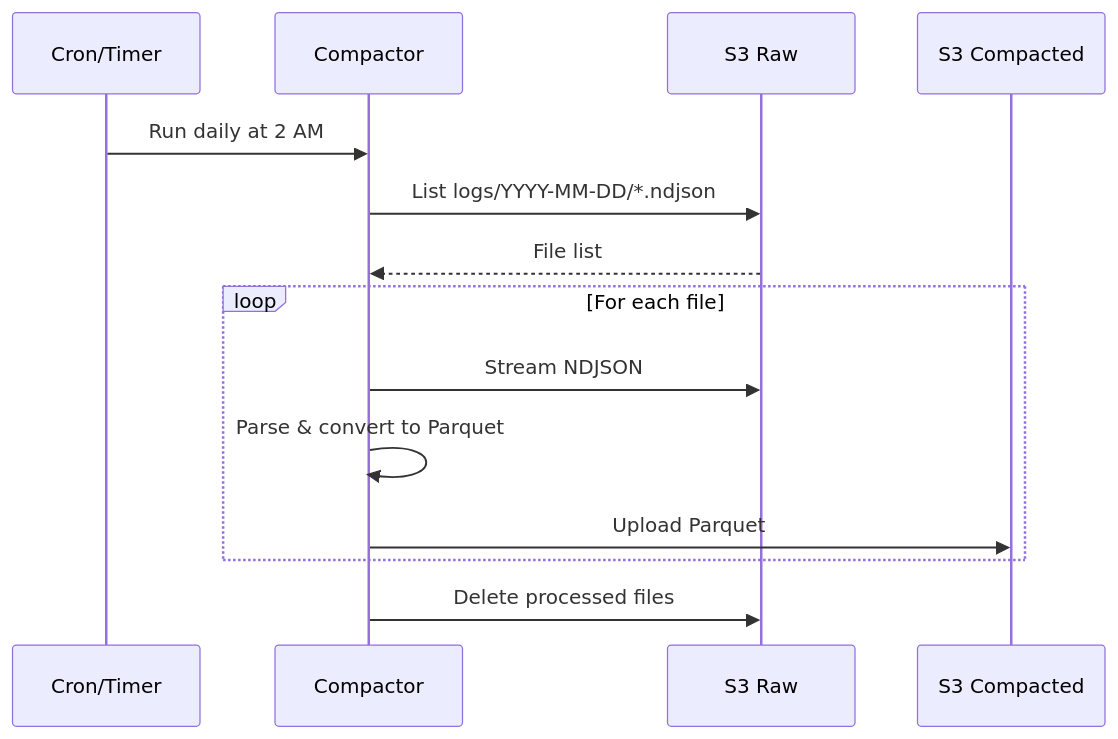
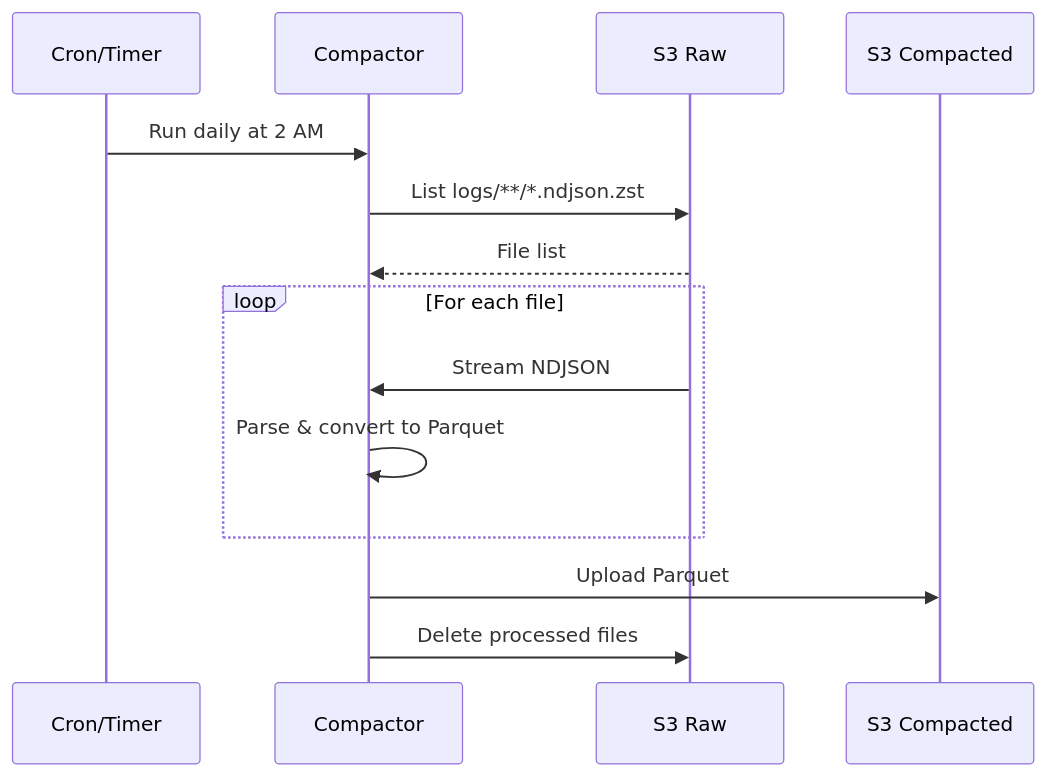
The fifth of 6 diagrams in docs/ARCHITECTURE.md (OpenCHAMI/legendary-funicular), drawn with Mermaid before and after one commit. The commit also changed other lines of this file and 11 other files, not shown here.

````diff
--- a/docs/ARCHITECTURE.md
+++ b/docs/ARCHITECTURE.md
@@ -234,17 +218,17 @@
 ```mermaid
 sequenceDiagram
     participant Cron as Cron/Timer
     participant Compactor as Compactor
     participant Raw as S3 Raw
     participant Compacted as S3 Compacted
 
     Cron->>Compactor: Run daily at 2 AM
-    Compactor->>Raw: List logs/YYYY-MM-DD/*.ndjson
+    Compactor->>Raw: List logs/**/*.ndjson.zst
     Raw-->>Compactor: File list
     loop For each file
-        Compactor->>Raw: Stream NDJSON
+        Raw->>Compactor: Stream NDJSON
         Compactor->>Compactor: Parse & convert to Parquet
-        Compactor->>Compacted: Upload Parquet
     end
+    Compactor->>Compacted: Upload Parquet
     Compactor->>Raw: Delete processed files
 ```
````
